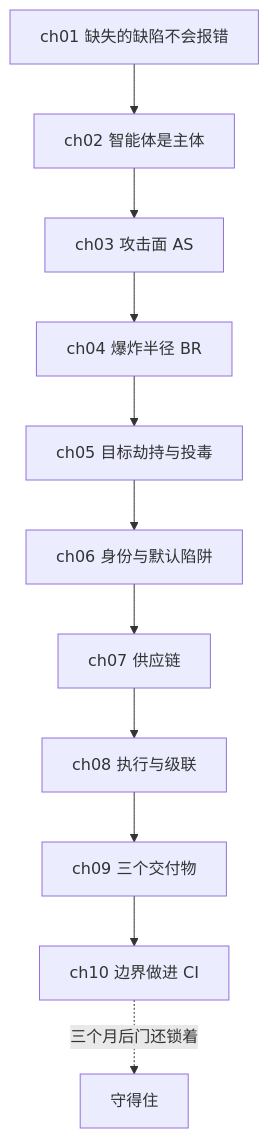
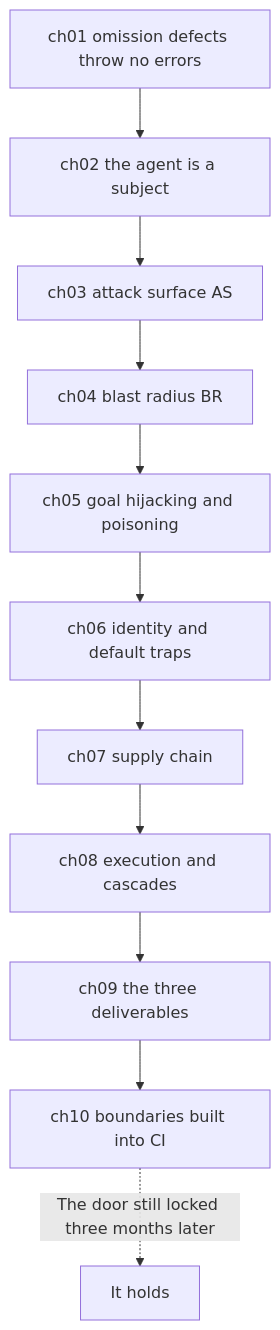
One commit to xzlxiao/vibe-coding-textbook changed the diagram in phase4/chapters/ch10-boundaries-in-ci.md. Above: the diagram before and after it, drawn with Mermaid. The commit also changed 10 other files, not shown here.

````diff
--- a/phase4/chapters/ch10-boundaries-in-ci.md
+++ b/phase4/chapters/ch10-boundaries-in-ci.md
@@ -215,13 +215,13 @@
 ```mermaid
 flowchart TD
-    S1["ch01 缺失的缺陷不会报错"] --> S2["ch02 智能体是主体"]
-    S2 --> S3["ch03 攻击面 AS"]
-    S3 --> S4["ch04 爆炸半径 BR"]
-    S4 --> S5["ch05 目标劫持与投毒"]
-    S5 --> S6["ch06 身份与默认陷阱"]
-    S6 --> S7["ch07 供应链"]
-    S7 --> S8["ch08 执行与级联"]
-    S8 --> S9["ch09 三个交付物"]
-    S9 --> S10["ch10 边界做进 CI"]
-    S10 -.->|"三个月后门还锁着"| OK["守得住"]
+    S1["ch01 omission defects throw no errors"] --> S2["ch02 the agent is a subject"]
+    S2 --> S3["ch03 attack surface AS"]
+    S3 --> S4["ch04 blast radius BR"]
+    S4 --> S5["ch05 goal hijacking and poisoning"]
+    S5 --> S6["ch06 identity and default traps"]
+    S6 --> S7["ch07 supply chain"]
+    S7 --> S8["ch08 execution and cascades"]
+    S8 --> S9["ch09 the three deliverables"]
+    S9 --> S10["ch10 boundaries built into CI"]
+    S10 -.->|"The door still locked three months later"| OK["It holds"]
 ```
````
